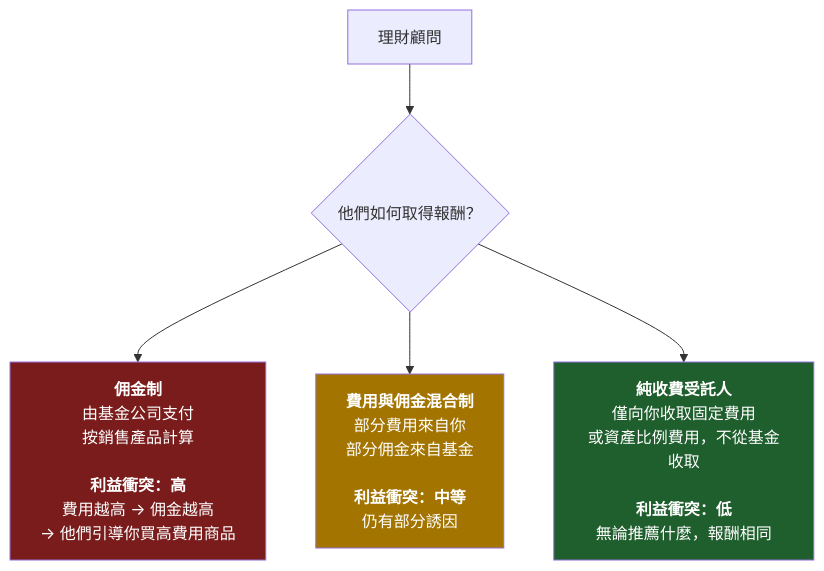
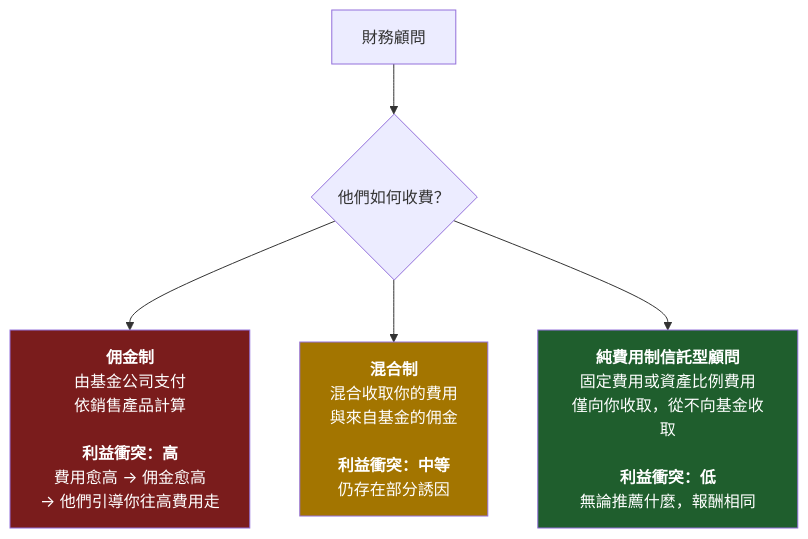
One commit to chanmainvest/tutorial changed the second of 4 diagrams in course_tw/week02_index_funds_etfs.md. Above: the diagram before and after it, drawn with Mermaid. The commit also changed other lines of this file and 451 other files, not shown here.

````diff
--- a/course_tw/week02_index_funds_etfs.md
+++ b/course_tw/week02_index_funds_etfs.md
@@ -180,10 +180,10 @@
 ```mermaid
 flowchart TD
-    A[理財顧問] --> B{他們如何取得報酬？}
-    B --> C["<b>佣金制</b><br/>由基金公司支付<br/>按銷售產品計算<br/><br/><b>利益衝突：高</b><br/>費用越高 → 佣金越高<br/>→ 他們引導你買高費用商品"]
-    B --> D["<b>費用與佣金混合制</b><br/>部分費用來自你<br/>部分佣金來自基金<br/><br/><b>利益衝突：中等</b><br/>仍有部分誘因"]
-    B --> E["<b>純收費受託人</b><br/>僅向你收取固定費用<br/>或資產比例費用，不從基金收取<br/><br/><b>利益衝突：低</b><br/>無論推薦什麼，報酬相同"]
+    A[財務顧問] --> B{他們如何收費？}
+    B --> C["<b>佣金制</b><br/>由基金公司支付<br/>依銷售產品計算<br/><br/><b>利益衝突：高</b><br/>費用愈高 → 佣金愈高<br/>→ 他們引導你往高費用走"]
+    B --> D["<b>混合制</b><br/>混合收取你的費用<br/>與來自基金的佣金<br/><br/><b>利益衝突：中等</b><br/>仍存在部分誘因"]
+    B --> E["<b>純費用制信託型顧問</b><br/>固定費用或資產比例費用<br/>僅向你收取，從不向基金收取<br/><br/><b>利益衝突：低</b><br/>無論推薦什麼，報酬相同"]
     style C fill:#7a1c1c,color:#fff
     style D fill:#a37500,color:#fff
     style E fill:#1f5e2d,color:#fff
 ```
````
